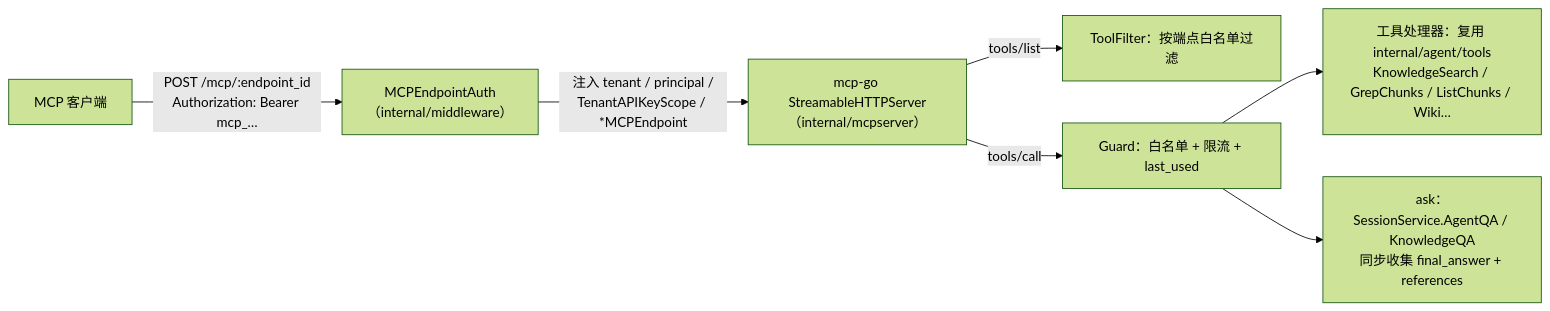
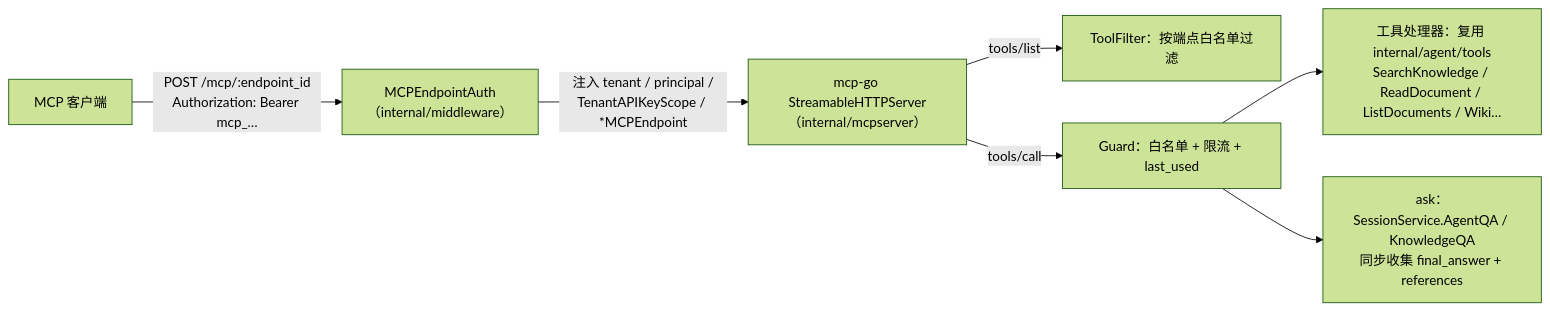
Before and after one commit to michadel/WeKnora: the fourth of 4 diagrams in website-docs/03-features/08-mcp.md, drawn with Mermaid (forest theme). The commit also changed other lines of this file and 89 other files, not shown here.

First line of the commit message:
refactor(agent): consolidate knowledge retrieval tools into search_knowledge, read_document, list_documents (#3381)

````diff
--- a/website-docs/03-features/08-mcp.md
+++ b/website-docs/03-features/08-mcp.md
@@ -384,9 +386,9 @@
 ```mermaid
 flowchart LR
     C["MCP 客户端"] -->|"POST /mcp/:endpoint_id<br/>Authorization: Bearer mcp_…"| A["MCPEndpointAuth<br/>（internal/middleware）"]
     A -->|"注入 tenant / principal /<br/>TenantAPIKeyScope / *MCPEndpoint"| S["mcp-go StreamableHTTPServer<br/>（internal/mcpserver）"]
     S -->|"tools/list"| F["ToolFilter：按端点白名单过滤"]
     S -->|"tools/call"| G["Guard：白名单 + 限流 + last_used"]
-    G --> T["工具处理器：复用 internal/agent/tools<br/>KnowledgeSearch / GrepChunks / ListChunks / Wiki…"]
+    G --> T["工具处理器：复用 internal/agent/tools<br/>SearchKnowledge / ReadDocument / ListDocuments / Wiki…"]
     G --> Q["ask：SessionService.AgentQA / KnowledgeQA<br/>同步收集 final_answer + references"]
 ```
````
